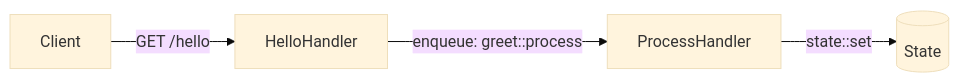
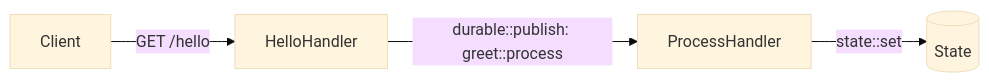
One commit to iii-hq/iii changed the diagram in docs/examples/hello-world.mdx. Above: the diagram before and after it, drawn with Mermaid (base theme). The commit also changed 7 other files, not shown here.

First line of the commit message:
refactor: update references from enqueue to durable::publish across documentation

````diff
--- a/docs/examples/hello-world.mdx
+++ b/docs/examples/hello-world.mdx
@@ -8,6 +8,6 @@
 ```mermaid
 graph LR
     Client -->|"GET /hello"| HelloHandler
-    HelloHandler -->|"enqueue: greet::process"| ProcessHandler
+    HelloHandler -->|"durable::publish: greet::process"| ProcessHandler
     ProcessHandler -->|"state::set"| State[(State)]
 ```
````
